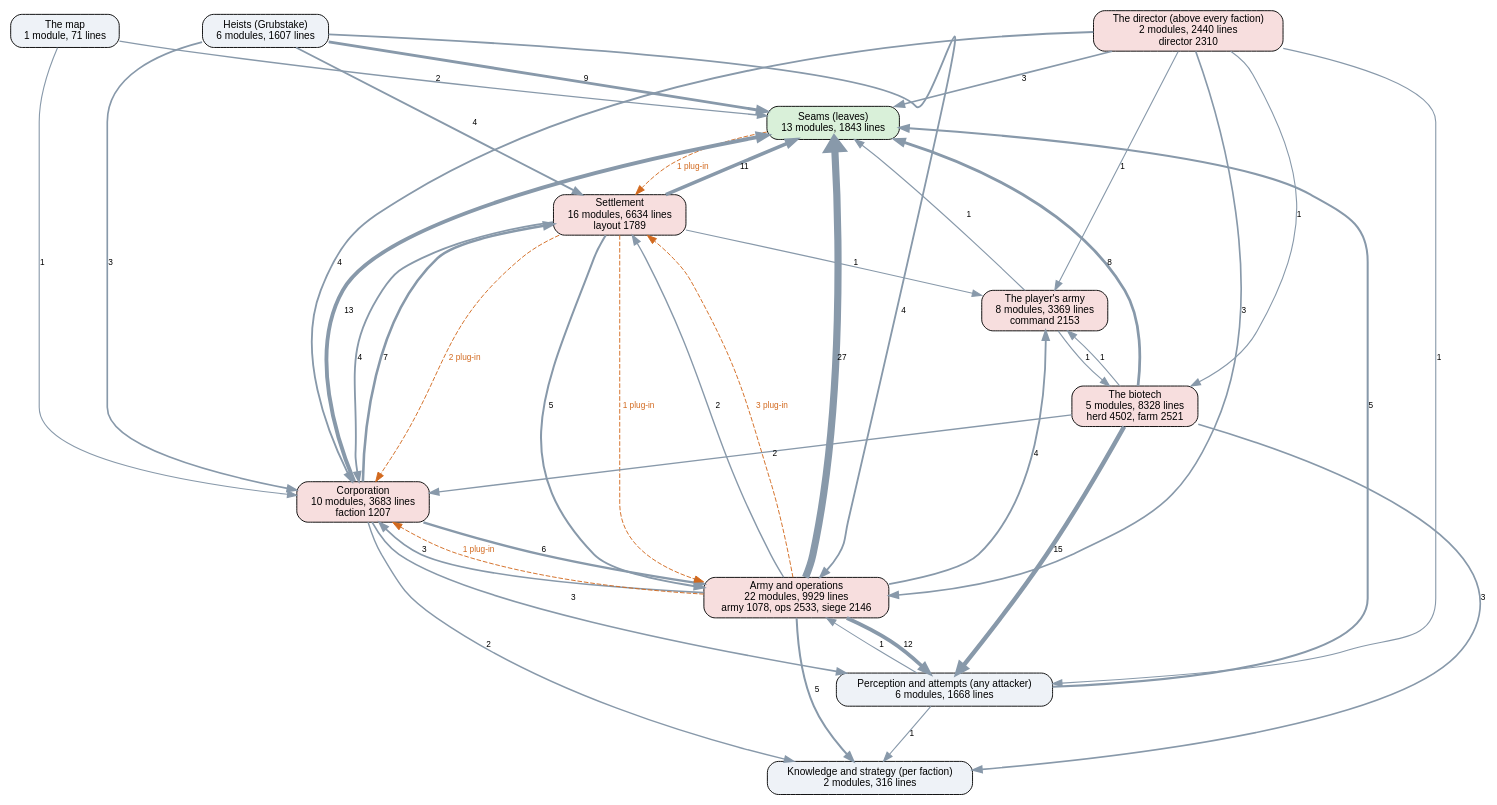
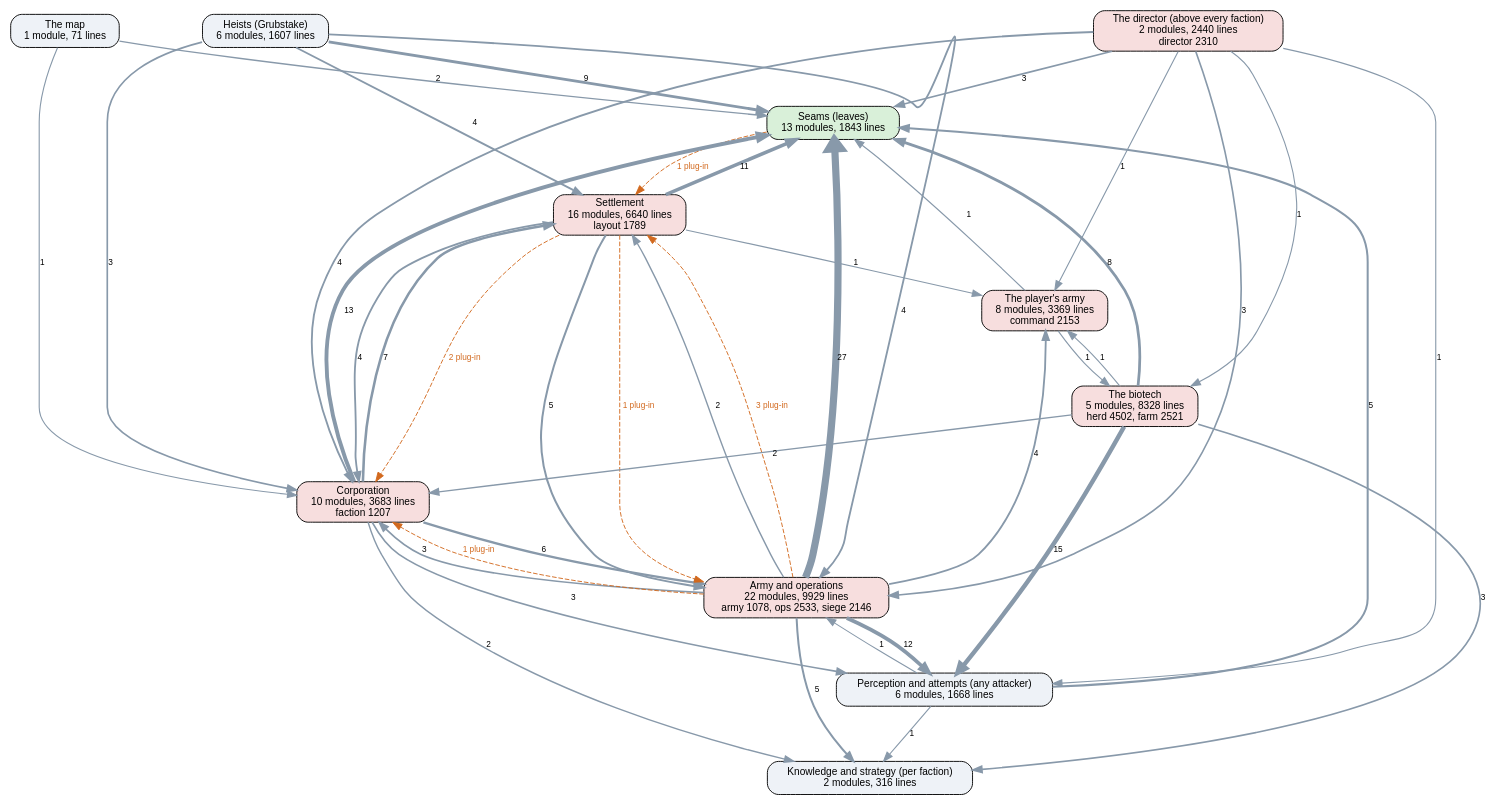
Before and after one commit to kinelhu/landing-party: the diagram in docs/ai-layers.dot, drawn with Graphviz. The commit also changed 20 other files, not shown here.

```diff
--- a/docs/ai-layers.dot
+++ b/docs/ai-layers.dot
@@ -1,58 +1,58 @@
 digraph layers {
   graph [rankdir=TB, fontname="Helvetica", nodesep=0.5, ranksep=0.7];
   node [shape=box, style="rounded,filled", fontname="Helvetica", fontsize=11, fillcolor="#eef2f7"];
   edge [color="#8899aa", fontname="Helvetica", fontsize=9];
   "Seams (leaves)" [label="Seams (leaves)\n13 modules, 1843 lines", fillcolor="#d9f0d9"];
   "Perception and attempts (any attacker)" [label="Perception and attempts (any attacker)\n6 modules, 1668 lines", fillcolor="#eef2f7"];
   "Knowledge and strategy (per faction)" [label="Knowledge and strategy (per faction)\n2 modules, 316 lines", fillcolor="#eef2f7"];
   "The director (above every faction)" [label="The director (above every faction)\n2 modules, 2440 lines\ndirector 2310", fillcolor="#f7dede"];
   "Corporation" [label="Corporation\n10 modules, 3683 lines\nfaction 1207", fillcolor="#f7dede"];
-  "Settlement" [label="Settlement\n16 modules, 6634 lines\nlayout 1789", fillcolor="#f7dede"];
+  "Settlement" [label="Settlement\n16 modules, 6640 lines\nlayout 1789", fillcolor="#f7dede"];
   "Army and operations" [label="Army and operations\n22 modules, 9929 lines\narmy 1078, ops 2533, siege 2146", fillcolor="#f7dede"];
   "Heists (Grubstake)" [label="Heists (Grubstake)\n6 modules, 1607 lines", fillcolor="#eef2f7"];
   "The biotech" [label="The biotech\n5 modules, 8328 lines\nherd 4502, farm 2521", fillcolor="#f7dede"];
   "The map" [label="The map\n1 module, 71 lines", fillcolor="#eef2f7"];
   "The player's army" [label="The player's army\n8 modules, 3369 lines\ncommand 2153", fillcolor="#f7dede"];
   "Army and operations" -> "Corporation" [label="3", penwidth=1.8];
   "Army and operations" -> "Knowledge and strategy (per faction)" [label="5", penwidth=2.2];
   "Army and operations" -> "Perception and attempts (any attacker)" [label="12", penwidth=4.0];
   "Army and operations" -> "Seams (leaves)" [label="27", penwidth=7.8];
   "Army and operations" -> "Settlement" [label="2", penwidth=1.5];
   "Army and operations" -> "The player's army" [label="4", penwidth=2.0];
   "Corporation" -> "Army and operations" [label="6", penwidth=2.5];
   "Corporation" -> "Knowledge and strategy (per faction)" [label="2", penwidth=1.5];
   "Corporation" -> "Perception and attempts (any attacker)" [label="3", penwidth=1.8];
   "Corporation" -> "Seams (leaves)" [label="13", penwidth=4.2];
   "Corporation" -> "Settlement" [label="7", penwidth=2.8];
   "Heists (Grubstake)" -> "Army and operations" [label="4", penwidth=2.0];
   "Heists (Grubstake)" -> "Corporation" [label="3", penwidth=1.8];
   "Heists (Grubstake)" -> "Seams (leaves)" [label="9", penwidth=3.2];
   "Heists (Grubstake)" -> "Settlement" [label="4", penwidth=2.0];
   "Perception and attempts (any attacker)" -> "Army and operations" [label="1", penwidth=1.2];
   "Perception and attempts (any attacker)" -> "Knowledge and strategy (per faction)" [label="1", penwidth=1.2];
   "Perception and attempts (any attacker)" -> "Seams (leaves)" [label="5", penwidth=2.2];
   "Settlement" -> "Army and operations" [label="5", penwidth=2.2];
   "Settlement" -> "Corporation" [label="4", penwidth=2.0];
   "Settlement" -> "Seams (leaves)" [label="11", penwidth=3.8];
   "Settlement" -> "The player's army" [label="1", penwidth=1.2];
   "The biotech" -> "Corporation" [label="2", penwidth=1.5];
   "The biotech" -> "Knowledge and strategy (per faction)" [label="3", penwidth=1.8];
   "The biotech" -> "Perception and attempts (any attacker)" [label="15", penwidth=4.8];
   "The biotech" -> "Seams (leaves)" [label="8", penwidth=3.0];
   "The biotech" -> "The player's army" [label="1", penwidth=1.2];
   "The director (above every faction)" -> "Army and operations" [label="3", penwidth=1.8];
   "The director (above every faction)" -> "Corporation" [label="4", penwidth=2.0];
   "The director (above every faction)" -> "Perception and attempts (any attacker)" [label="1", penwidth=1.2];
   "The director (above every faction)" -> "Seams (leaves)" [label="3", penwidth=1.8];
   "The director (above every faction)" -> "The biotech" [label="1", penwidth=1.2];
   "The director (above every faction)" -> "The player's army" [label="1", penwidth=1.2];
   "The map" -> "Corporation" [label="1", penwidth=1.2];
   "The map" -> "Seams (leaves)" [label="2", penwidth=1.5];
   "The player's army" -> "Seams (leaves)" [label="1", penwidth=1.2];
   "The player's army" -> "The biotech" [label="1", penwidth=1.2];
   "Army and operations" -> "Corporation" [style=dashed, color="#d2691e", fontcolor="#d2691e", label="1 plug-in"];
   "Army and operations" -> "Settlement" [style=dashed, color="#d2691e", fontcolor="#d2691e", label="3 plug-in"];
   "Seams (leaves)" -> "Settlement" [style=dashed, color="#d2691e", fontcolor="#d2691e", label="1 plug-in"];
   "Settlement" -> "Army and operations" [style=dashed, color="#d2691e", fontcolor="#d2691e", label="1 plug-in"];
   "Settlement" -> "Corporation" [style=dashed, color="#d2691e", fontcolor="#d2691e", label="2 plug-in"];
 }
```
